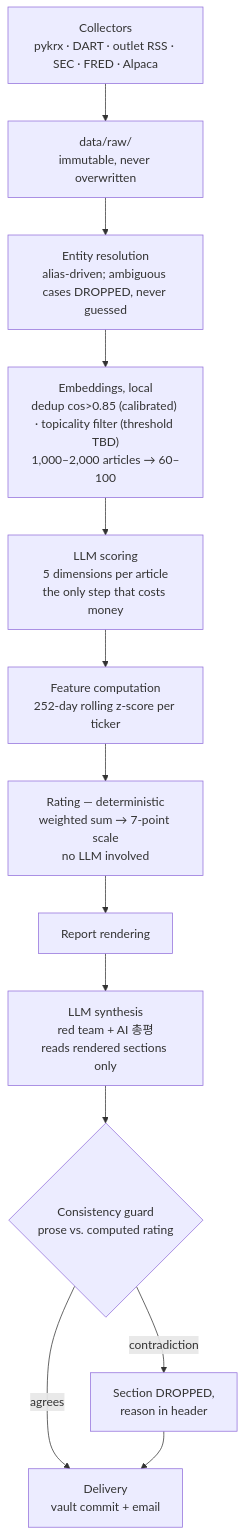
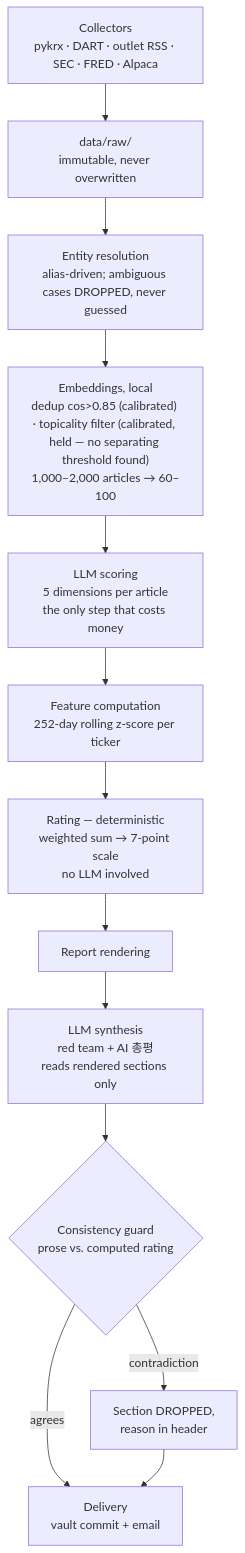
One commit to uichan-lee/market-briefing changed the diagram in README.md. Above: the diagram before and after it, drawn with Mermaid. The commit also changed other lines of this file and 4 other files, not shown here.

````diff
--- a/README.md
+++ b/README.md
@@ -110,15 +110,15 @@
 ```mermaid
 flowchart TD
     A["Collectors<br/>pykrx · DART · outlet RSS · SEC · FRED · Alpaca"] --> B["data/raw/<br/>immutable, never overwritten"]
     B --> C["Entity resolution<br/>alias-driven; ambiguous cases DROPPED, never guessed"]
-    C --> D["Embeddings, local<br/>dedup cos&gt;0.85 (calibrated) · topicality filter (threshold TBD)<br/>1,000–2,000 articles → 60–100"]
+    C --> D["Embeddings, local<br/>dedup cos&gt;0.85 (calibrated) · topicality filter (calibrated, held — no separating threshold found)<br/>1,000–2,000 articles → 60–100"]
     D --> E["LLM scoring<br/>5 dimensions per article<br/>the only step that costs money"]
     E --> F["Feature computation<br/>252-day rolling z-score per ticker"]
     F --> G["Rating — deterministic<br/>weighted sum → 7-point scale<br/>no LLM involved"]
     G --> H["Report rendering"]
     H --> I["LLM synthesis<br/>red team + AI 총평<br/>reads rendered sections only"]
     I --> J{"Consistency guard<br/>prose vs. computed rating"}
     J -->|contradiction| K["Section DROPPED,<br/>reason in header"]
     J -->|agrees| L["Delivery<br/>vault commit + email"]
     K --> L
 ```
````
